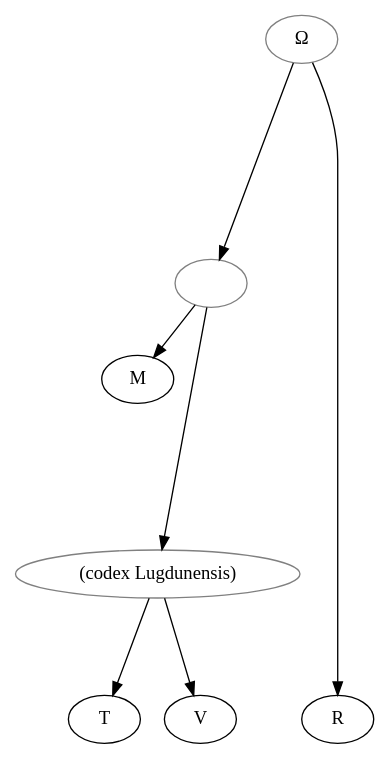
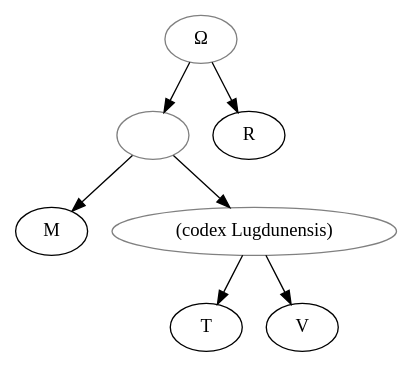
The diagram in data/lat/AbellanMartinIglesias_2015_BachiarusDefide/stemma.gv (OpenStemmata/database), drawn with Graphviz before and after one commit.

```diff
--- a/data/lat/AbellanMartinIglesias_2015_BachiarusDefide/stemma.gv
+++ b/data/lat/AbellanMartinIglesias_2015_BachiarusDefide/stemma.gv
@@ -1,19 +1,19 @@
 digraph {
 
     
-    capitalomega -> 1 [minlen=4];
-    capitalomega-> R[minlen=10];
+    capitalomega -> 1;
+    capitalomega-> R;
     1-> M;
-    1 -> codexLugdu[minlen=4]; 
-    codexLugdu-> T[minlen=2]
-    codexLugdu-> V[minlen=2]
+    1 -> codexLugdu; 
+    codexLugdu-> T;
+    codexLugdu-> V;
    
 
     capitalomega [color="grey", label="Ω"];
     V[label="V"]
     M[label="M"]
     V[label="V"]
     R[label="R"]
     codexLugdu[label="(codex Lugdunensis)", color="grey"]
     1[color="grey", label=""]; 
 }
```
